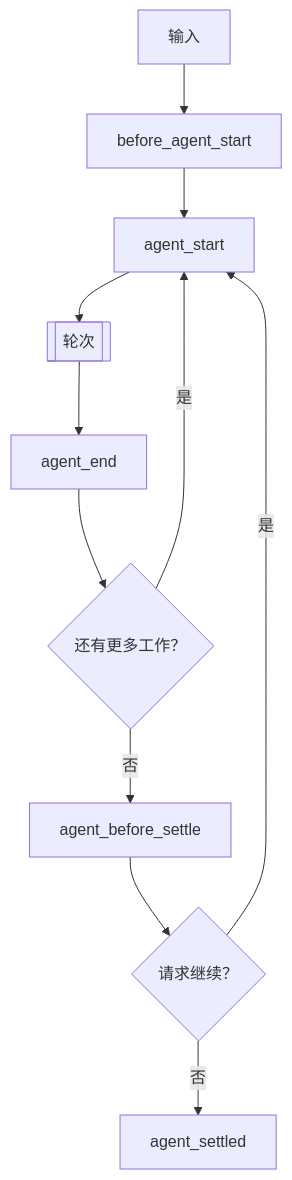
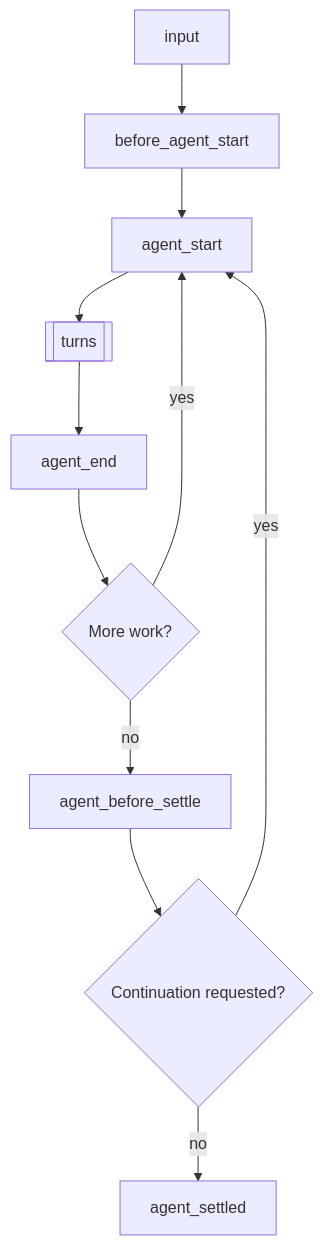
The first of 3 diagrams in docs-md/extensions.md (Lizhen0628/pi-dev-chinese), drawn with Mermaid before and after one commit. The commit also changed other lines of this file and 7 other files, not shown here.

````diff
--- a/docs-md/extensions.md
+++ b/docs-md/extensions.md
@@ -64,13 +64,13 @@
 ```mermaid
 flowchart TD
-    Input["输入"] --> Before["before_agent_start"]
+    Input["input"] --> Before["before_agent_start"]
     Before --> AgentStart["agent_start"]
-    AgentStart --> Turns[["轮次"]]
+    AgentStart --> Turns[["turns"]]
     Turns --> AgentEnd["agent_end"]
-    AgentEnd --> MoreRuns{"还有更多工作？"}
-    MoreRuns -->|是| AgentStart
-    MoreRuns -->|否| BeforeSettle["agent_before_settle"]
-    BeforeSettle --> Continue{"请求继续？"}
-    Continue -->|是| AgentStart
-    Continue -->|否| Settled["agent_settled"]
+    AgentEnd --> MoreRuns{"More work?"}
+    MoreRuns -->|yes| AgentStart
+    MoreRuns -->|no| BeforeSettle["agent_before_settle"]
+    BeforeSettle --> Continue{"Continuation requested?"}
+    Continue -->|yes| AgentStart
+    Continue -->|no| Settled["agent_settled"]
 ```
````
